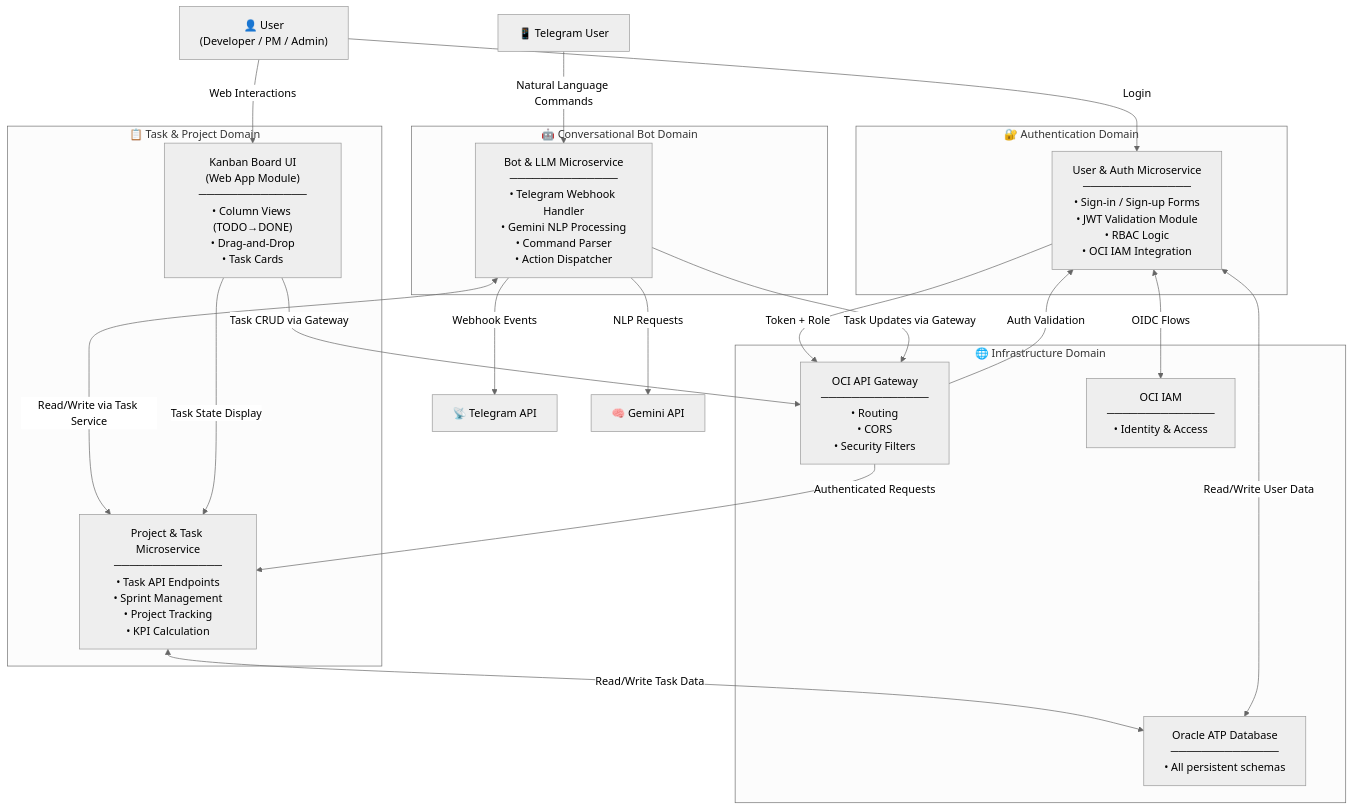
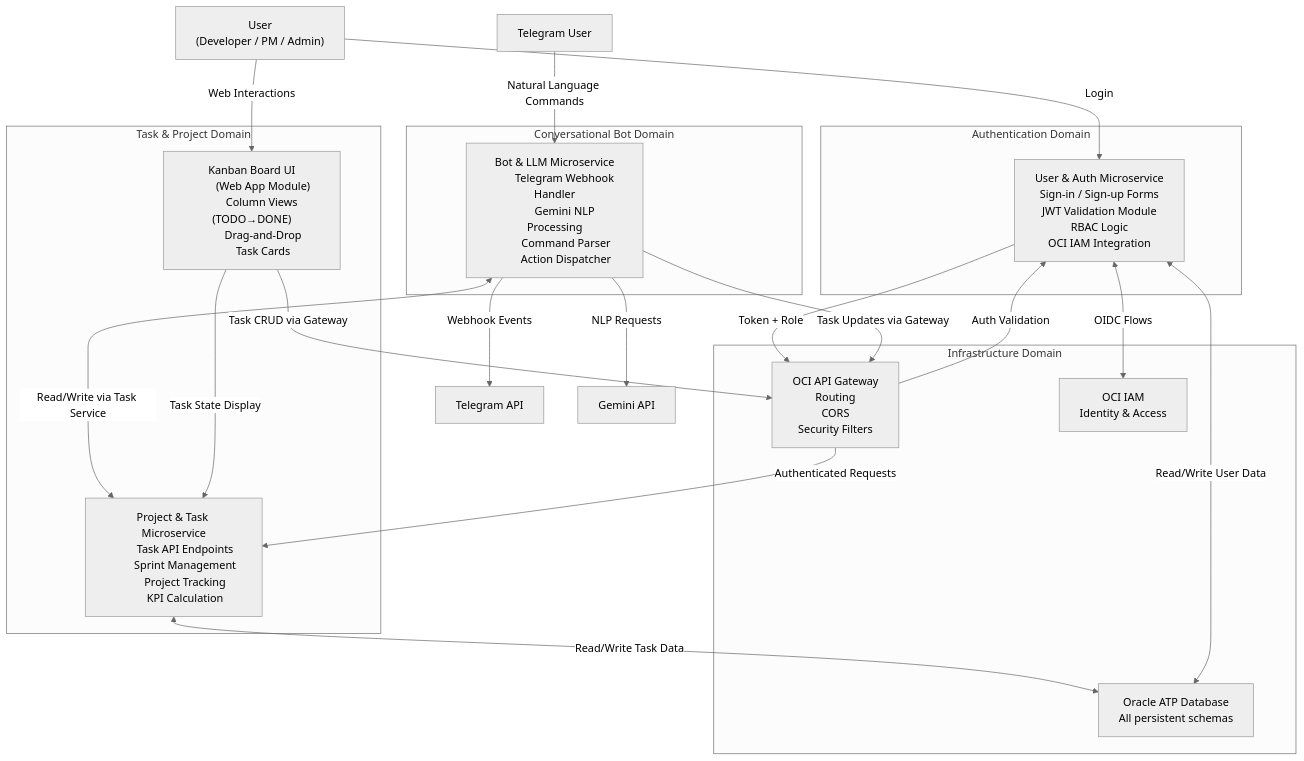
One commit to AnaPau17/M5pacoooo changed the third of 3 diagrams in act.md. Above: the diagram before and after it, drawn with Mermaid (neutral theme). The commit also changed other lines of this file, not shown here.

Commit message:
diagramas

````diff
--- a/act.md
+++ b/act.md
@@ -180,44 +208,66 @@
 ```mermaid
 graph TD
-    subgraph AUTH_DOMAIN["🔐 Authentication Domain"]
-        AUTH_SVC["User & Auth Microservice\n──────────────\n• Sign-in / Sign-up Forms\n• JWT Validation Module\n• RBAC Logic\n• OCI IAM Integration"]
+    subgraph AUTH_DOMAIN["Authentication Domain"]
+        AUTH_SVC["User & Auth Microservice
+        Sign-in / Sign-up Forms
+        JWT Validation Module
+        RBAC Logic
+        OCI IAM Integration"]
     end
 
-    subgraph TASK_DOMAIN["📋 Task & Project Domain"]
-        TASK_SVC["Project & Task Microservice\n──────────────\n• Task API Endpoints\n• Sprint Management\n• Project Tracking\n• KPI Calculation"]
-        KANBAN["Kanban Board UI\n(Web App Module)\n──────────────\n• Column Views (TODO→DONE)\n• Drag-and-Drop\n• Task Cards"]
+    subgraph TASK_DOMAIN["Task & Project Domain"]
+        TASK_SVC["Project & Task Microservice
+        Task API Endpoints
+        Sprint Management
+        Project Tracking
+        KPI Calculation"]
+        KANBAN["Kanban Board UI
+        (Web App Module)
+        Column Views (TODO→DONE)
+        Drag-and-Drop
+        Task Cards"]
     end
 
-    subgraph BOT_DOMAIN["🤖 Conversational Bot Domain"]
-        BOT_SVC["Bot & LLM Microservice\n──────────────\n• Telegram Webhook Handler\n• Gemini NLP Processing\n• Command Parser\n• Action Dispatcher"]
+    subgraph BOT_DOMAIN["Conversational Bot Domain"]
+        BOT_SVC["Bot & LLM Microservice
+        Telegram Webhook Handler
+        Gemini NLP Processing
+        Command Parser
+        Action Dispatcher"]
     end
 
-    subgraph INFRA_DOMAIN["🌐 Infrastructure Domain"]
-        GW["OCI API Gateway\n──────────────\n• Routing\n• CORS\n• Security Filters"]
-        DB["Oracle ATP Database\n──────────────\n• All persistent schemas"]
-        IAM["OCI IAM\n──────────────\n• Identity & Access"]
+    subgraph INFRA_DOMAIN["Infrastructure Domain"]
+        GW["OCI API Gateway
+        Routing
+        CORS
+        Security Filters"]
+        DB["Oracle ATP Database
+        All persistent schemas"]
+        IAM["OCI IAM
+        Identity & Access"]
     end
 
-    USER["👤 User\n(Developer / PM / Admin)"] -->|"Login"| AUTH_SVC
+    USER["User
+    (Developer / PM / Admin)"] -->|"Login"| AUTH_SVC
     USER -->|"Web Interactions"| KANBAN
 
-    TELE_USER["📱 Telegram User"] -->|"Natural Language Commands"| BOT_SVC
+    TELE_USER["Telegram User"] -->|"Natural Language Commands"| BOT_SVC
 
     AUTH_SVC -->|"Token + Role"| GW
     KANBAN -->|"Task CRUD via Gateway"| GW
     BOT_SVC -->|"Task Updates via Gateway"| GW
 
     GW -->|"Authenticated Requests"| TASK_SVC
     GW -->|"Auth Validation"| AUTH_SVC
 
     TASK_SVC <-->|"Read/Write Task Data"| DB
     AUTH_SVC <-->|"Read/Write User Data"| DB
     BOT_SVC <-->|"Read/Write via Task Service"| TASK_SVC
 
     AUTH_SVC <-->|"OIDC Flows"| IAM
 
-    BOT_SVC -->|"Webhook Events"| TELE_API["📡 Telegram API"]
-    BOT_SVC -->|"NLP Requests"| GEMINI_API["🧠 Gemini API"]
+    BOT_SVC -->|"Webhook Events"| TELE_API["Telegram API"]
+    BOT_SVC -->|"NLP Requests"| GEMINI_API["Gemini API"]
 
     KANBAN -->|"Task State Display"| TASK_SVC
 ```
````
